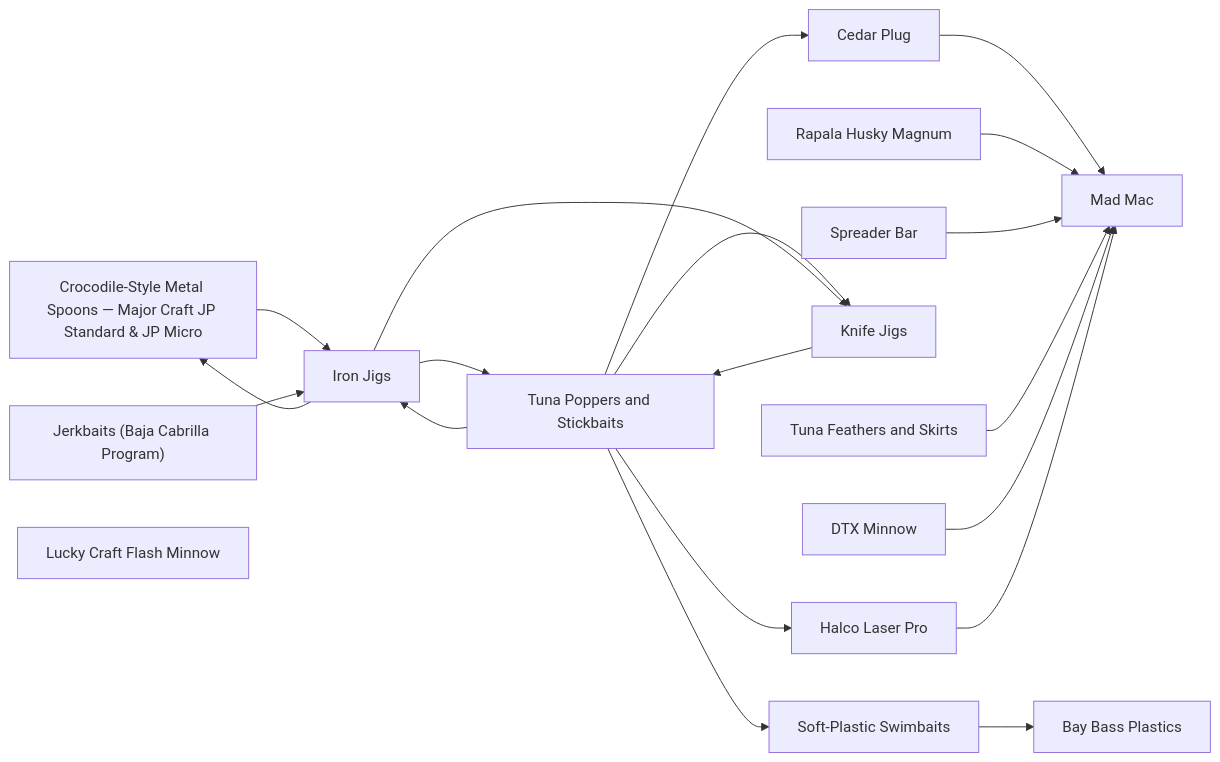
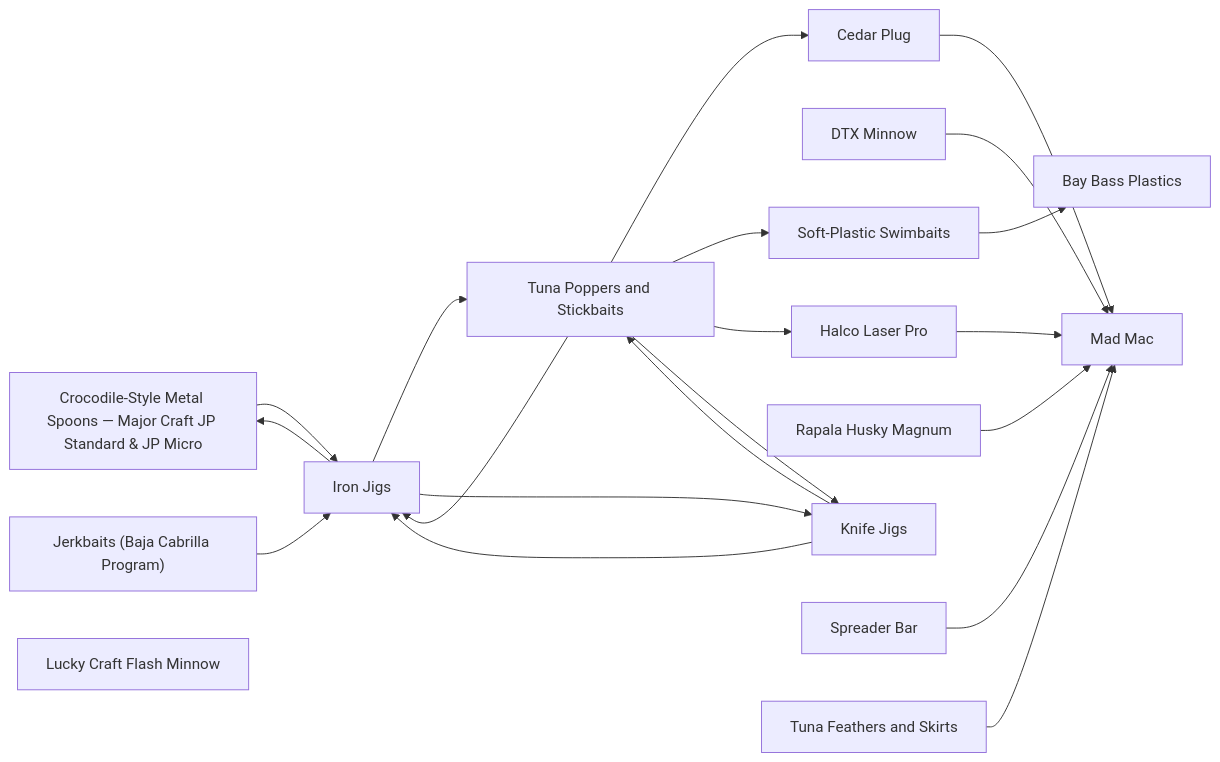
The diagram in lures/README.md (camchuckpete-max/Socal-Fishing-Knowledge), drawn with Mermaid before and after one commit. The commit also changed 9 other files, not shown here.

````diff
--- a/lures/README.md
+++ b/lures/README.md
@@ -28,36 +28,37 @@
 ```mermaid
 graph LR
   n0["Bay Bass Plastics"]
   n1["Cedar Plug"]
   n2["Crocodile-Style Metal Spoons — Major Craft JP Standard & JP Micro"]
   n3["DTX Minnow"]
   n4["Halco Laser Pro"]
   n5["Iron Jigs"]
   n6["Jerkbaits (Baja Cabrilla Program)"]
   n7["Knife Jigs"]
   n8["Lucky Craft Flash Minnow"]
   n9["Mad Mac"]
   n10["Rapala Husky Magnum"]
   n11["Soft-Plastic Swimbaits"]
   n12["Spreader Bar"]
   n13["Tuna Feathers and Skirts"]
   n14["Tuna Poppers and Stickbaits"]
   n1 --> n9
   n10 --> n9
   n11 --> n0
   n12 --> n9
   n13 --> n9
   n14 --> n1
   n14 --> n11
   n14 --> n4
   n14 --> n5
   n14 --> n7
   n2 --> n5
   n3 --> n9
   n4 --> n9
   n5 --> n14
   n5 --> n2
   n5 --> n7
   n6 --> n5
   n7 --> n14
+  n7 --> n5
 ```
````
